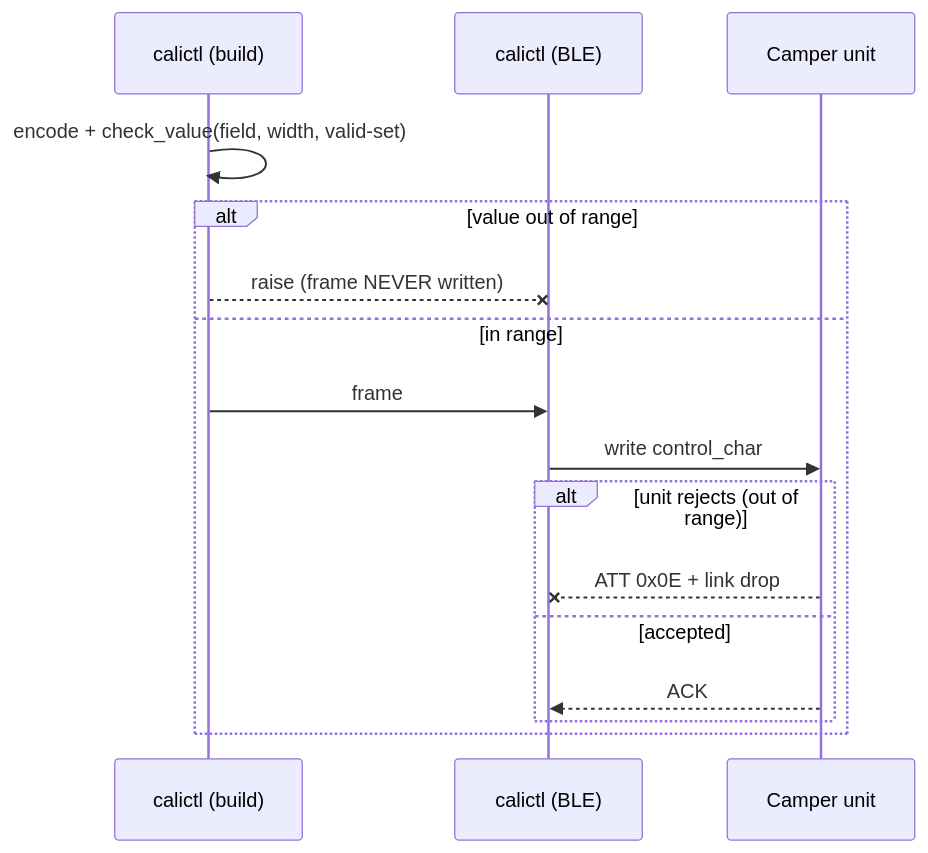
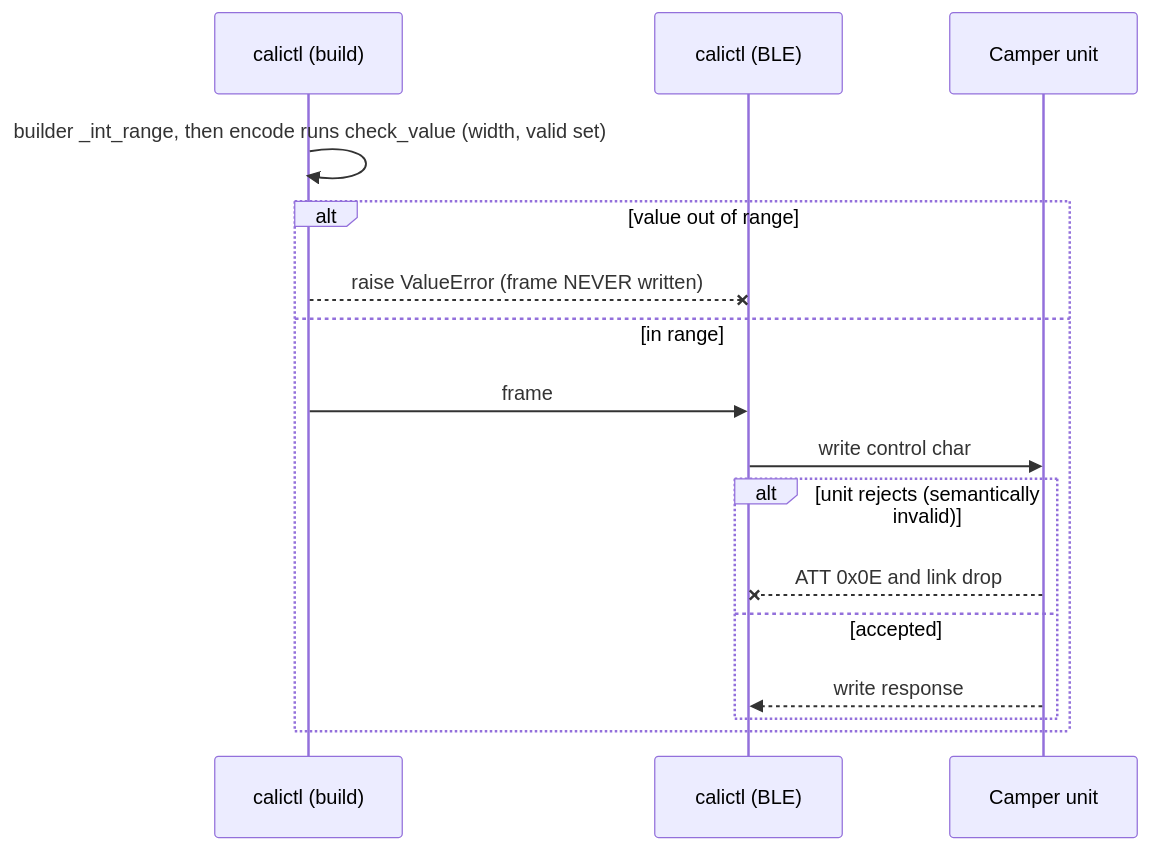
The eighth of 10 diagrams in docs/protocol-sequences.rst (ckeller42/open-california), drawn with Mermaid before and after one commit. The commit also changed other lines of this file and 35 other files, not shown here.

First line of the commit message:
docs: fix stale docs; single-source protocol sequences, drop LikeC4; simulation & CI docs (#202)

```diff
--- a/docs/protocol-sequences.rst
+++ b/docs/protocol-sequences.rst
@@ -269,18 +625,18 @@
 .. mermaid::
 
     sequenceDiagram
         participant B as calictl (build)
         participant C as calictl (BLE)
         participant U as Camper unit
-        B->>B: encode + check_value(field, width, valid-set)
+        B->>B: builder _int_range, then encode runs check_value (width, valid set)
         alt value out of range
-            B--xC: raise (frame NEVER written)
+            B--xC: raise ValueError (frame NEVER written)
         else in range
             B->>C: frame
-            C->>U: write control_char
-            alt unit rejects (out of range)
-                U--xC: ATT 0x0E + link drop
+            C->>U: write control char
+            alt unit rejects (semantically invalid)
+                U--xC: ATT 0x0E and link drop
             else accepted
-                U-->>C: ACK
+                U-->>C: write response
             end
         end
```
